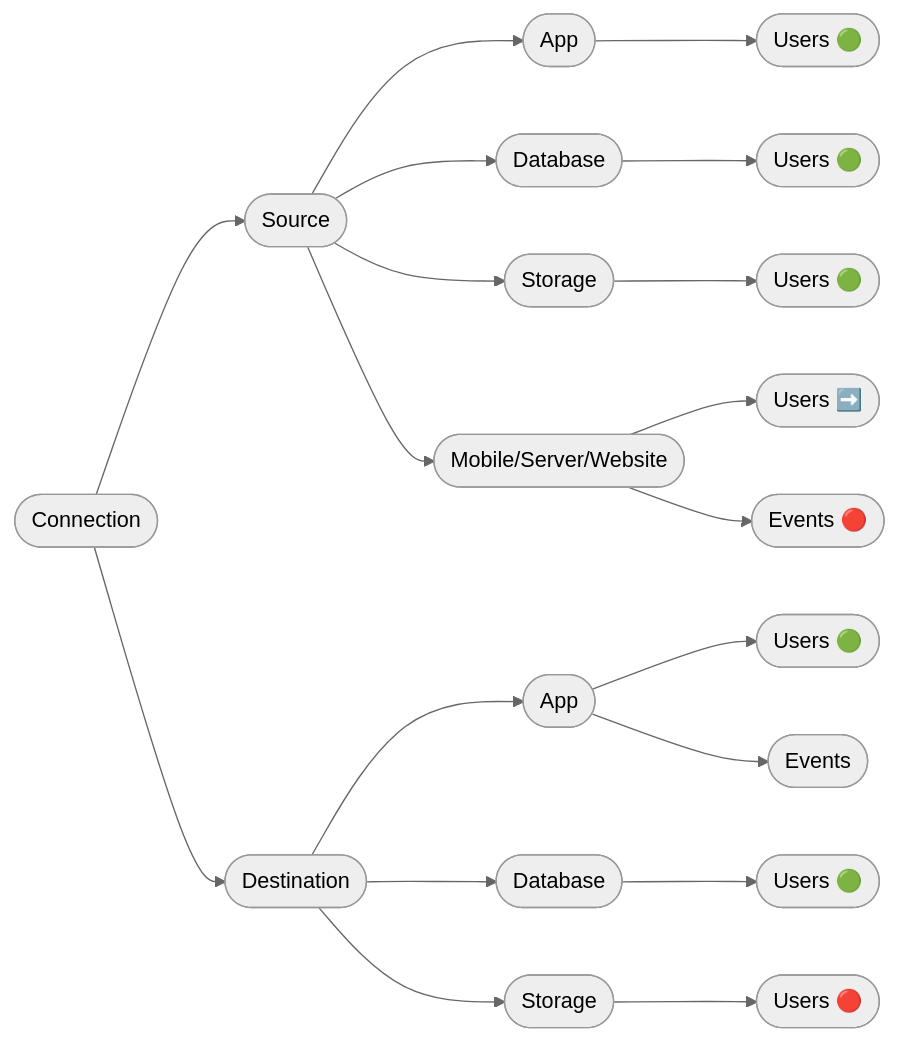
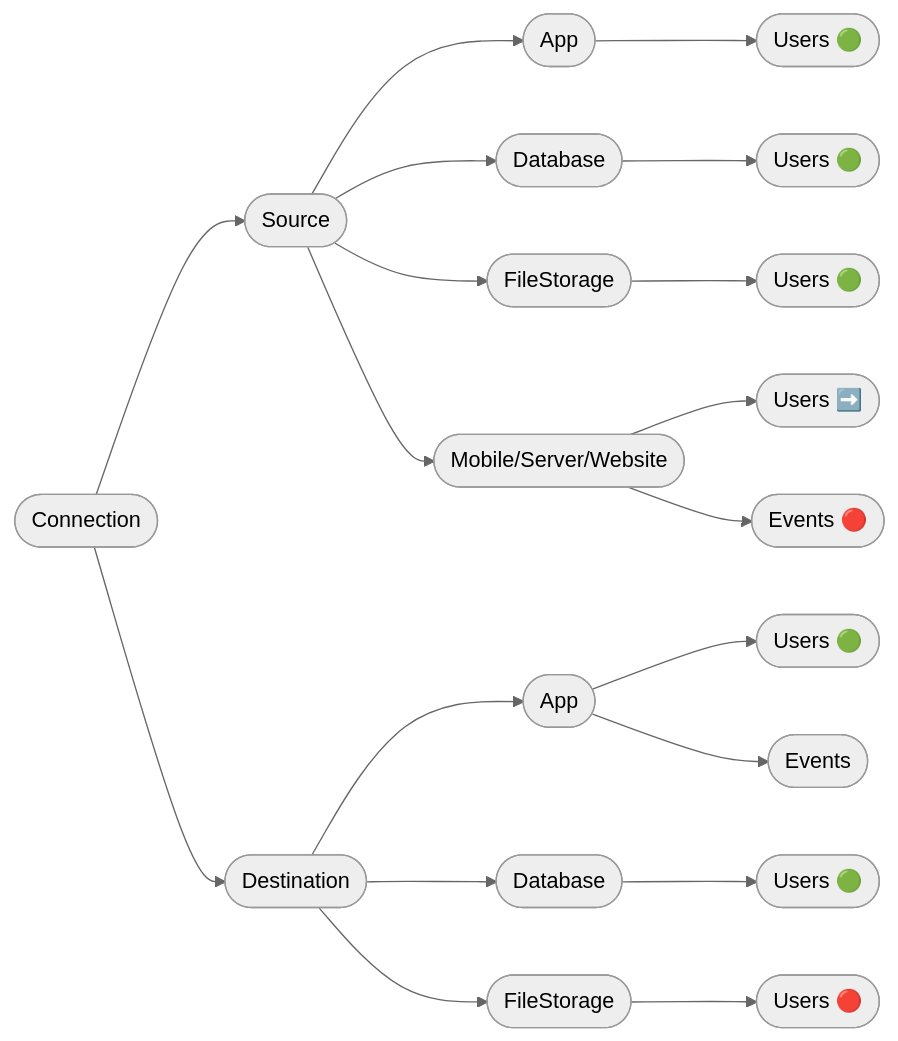
One commit to krenalis/krenalis changed the diagram in apis/Actions.md. Above: the diagram before and after it, drawn with Mermaid. The commit also changed other lines of this file and 4 other files, not shown here.

````diff
--- a/apis/Actions.md
+++ b/apis/Actions.md
@@ -46,24 +44,24 @@
 ```mermaid
 %%{init: {'theme':'neutral'}}%%
 graph LR
 
 	conn([Connection]) --> source([Source])
 	conn --> dest([Destination])
 	
 	source --> source_app(["App"]) --> source_app_users(["Users 🟢"])
 	source --> source_db(["Database"]) --> source_db_users(["Users 🟢"])
-	source --> source_storage(["Storage"]) --> source_storage_users(["Users 🟢"])
+	source --> source_fileStorage(["FileStorage"]) --> source_fileStorage_users(["Users 🟢"])
 	source --> source_events_based([Mobile/Server/Website])
 	
 	source_events_based --> source_events_based_users(["Users ➡️"])
 	source_events_based --> source_events_based_events(["Events 🔴"])
 	
 	dest --> dest_app([App])
 	dest --> dest_db(["Database"]) --> dest_db_users(["Users 🟢"])
-	dest --> dest_storage(["Storage"]) --> dest_storage_users(["Users 🔴"])
+	dest --> dest_fileStorage(["FileStorage"]) --> dest_fileStorage_users(["Users 🔴"])
 	
 	dest_app --> dest_app_users(["Users 🟢"])
 	dest_app --> dest_app_events([Events])
 	
 
 ```
````
